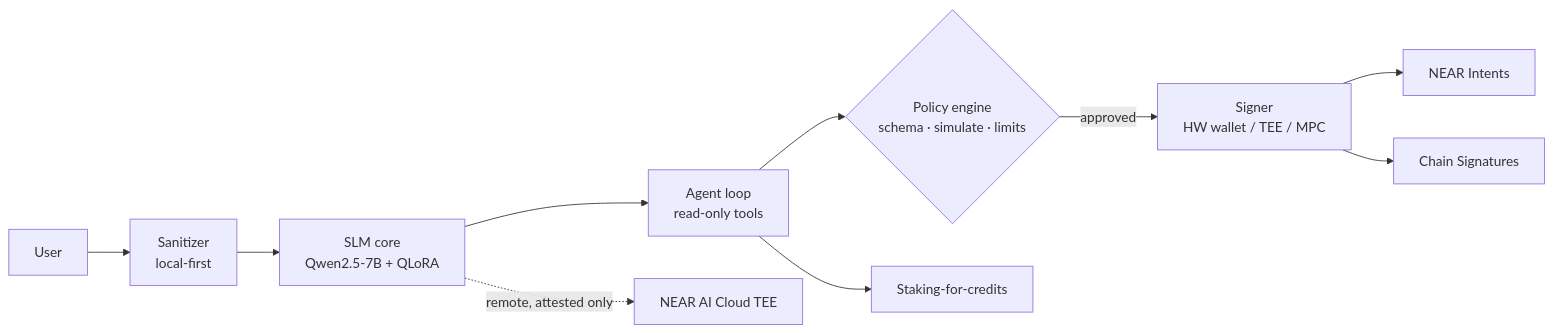
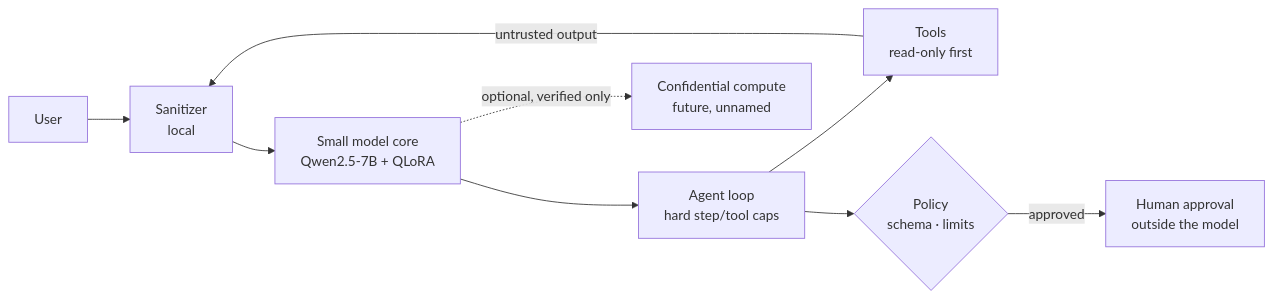
Before and after one commit to 9lordisgod/salomon: the diagram in ARCHITECTURE.md, drawn with Mermaid. The commit also changed other lines of this file and 3 other files, not shown here.

Commit message:
docs: AI-first pivot — privacy personal/agent AI; park crypto narrative

````diff
--- a/ARCHITECTURE.md
+++ b/ARCHITECTURE.md
@@ -5,12 +6,11 @@
 ```mermaid
 flowchart LR
-  U[User] --> S[Sanitizer<br/>local-first]
-  S --> M[SLM core<br/>Qwen2.5-7B + QLoRA]
-  M --> A[Agent loop<br/>read-only tools]
-  A --> P{Policy engine<br/>schema · simulate · limits}
-  P -->|approved| SG[Signer<br/>HW wallet / TEE / MPC]
-  M -.remote, attested only.-> T[NEAR AI Cloud TEE]
-  SG --> I[NEAR Intents]
-  SG --> C[Chain Signatures]
-  A --> CR[Staking-for-credits]
+  U[User] --> S[Sanitizer<br/>local]
+  S --> M[Small model core<br/>Qwen2.5-7B + QLoRA]
+  M --> A[Agent loop<br/>hard step/tool caps]
+  A --> T[Tools<br/>read-only first]
+  T -->|untrusted output| S
+  A --> P{Policy<br/>schema · limits}
+  P -->|approved| H[Human approval<br/>outside the model]
+  M -.optional, verified only.-> C[Confidential compute<br/>future, unnamed]
 ```
````
